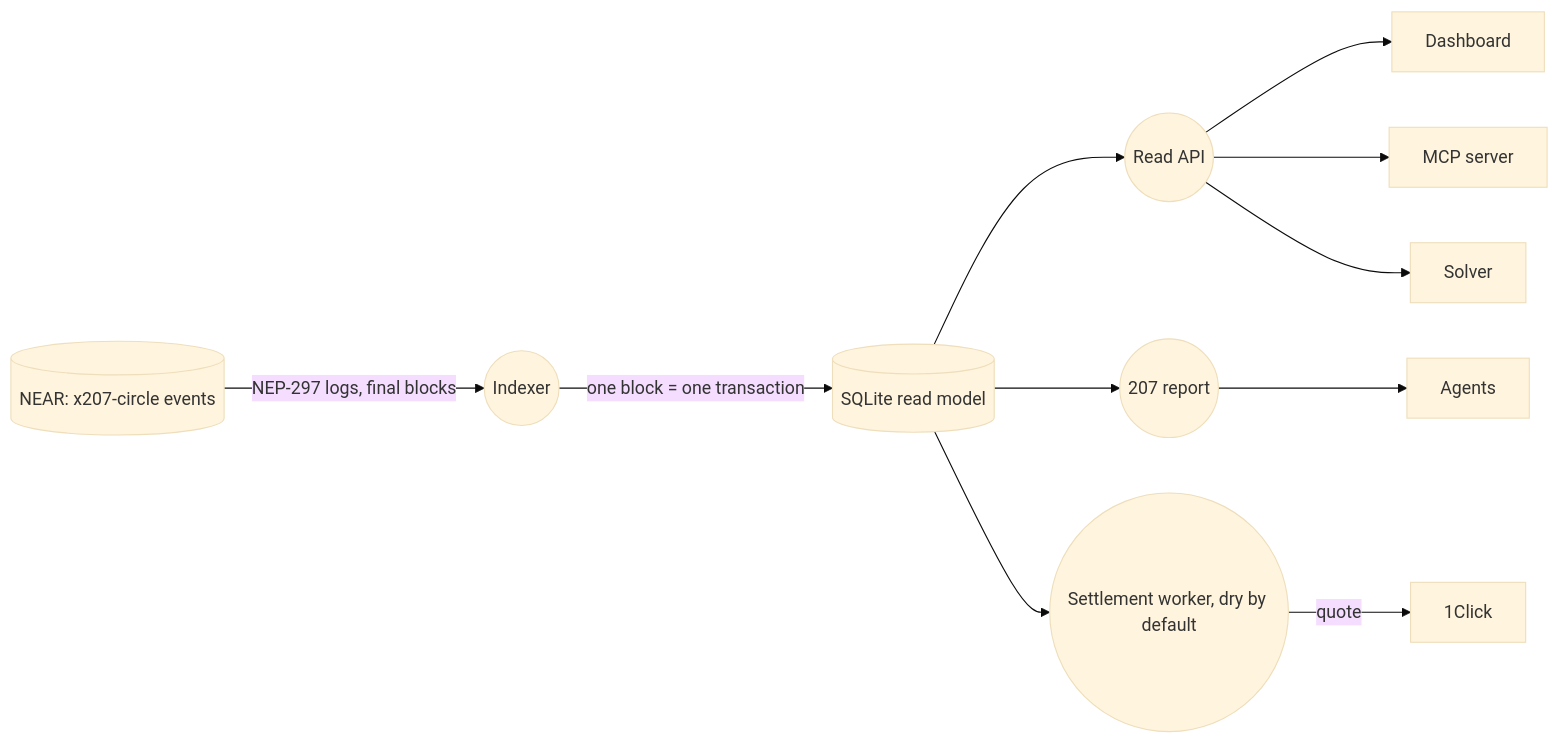
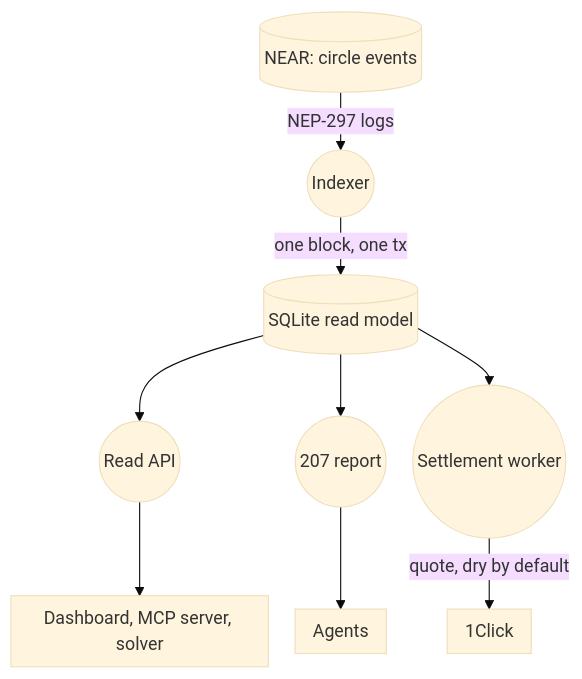
Before and after one commit to x207-labs/backend: the diagram in README.md, drawn with Mermaid (base theme).

Commit message:
UM-117: README data-flow diagram top-down, compact, readable on GitHub

````diff
--- a/README.md
+++ b/README.md
@@ -9,13 +9,12 @@
 ```mermaid
-flowchart LR
-  CH[(NEAR: x207-circle events)] -- "NEP-297 logs, final blocks" --> IX((Indexer))
-  IX -- "one block = one transaction" --> DB[(SQLite read model)]
-  DB --> API((Read API))
-  DB --> R7((207 report))
-  API --> FE[Dashboard]
-  API --> MCP[MCP server]
-  API --> SV[Solver]
-  R7 --> AG[Agents]
-  WK((Settlement worker, dry by default)) -- "quote" --> OC[1Click]
-  DB --> WK
+%%{init: {"flowchart": {"nodeSpacing": 24, "rankSpacing": 28, "padding": 8}}}%%
+flowchart TB
+  CH[("NEAR: circle events")] -->|"NEP-297 logs"| IX(("Indexer"))
+  IX -->|"one block, one tx"| DB[("SQLite read model")]
+  DB --> API(("Read API"))
+  DB --> R7(("207 report"))
+  DB --> WK(("Settlement worker"))
+  WK -->|"quote, dry by default"| OC["1Click"]
+  API --> CL["Dashboard, MCP server, solver"]
+  R7 --> AG["Agents"]
 ```
````
